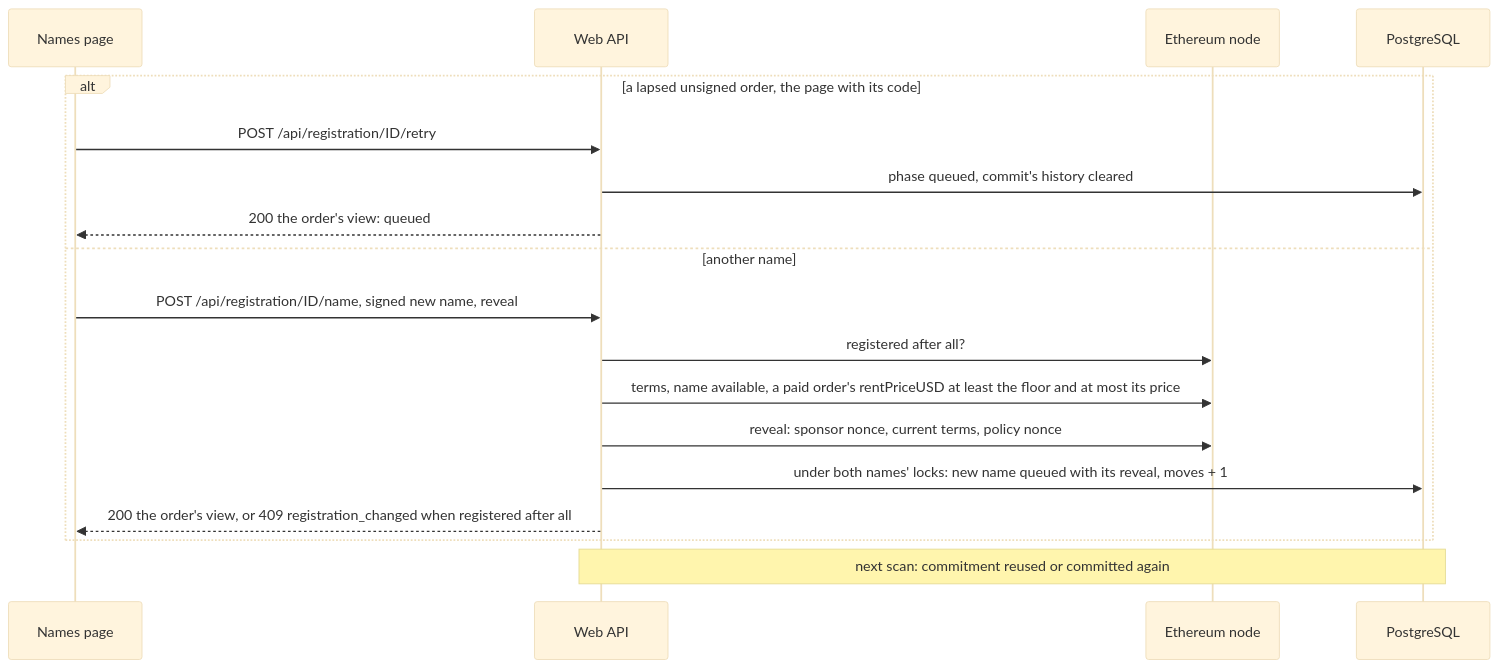
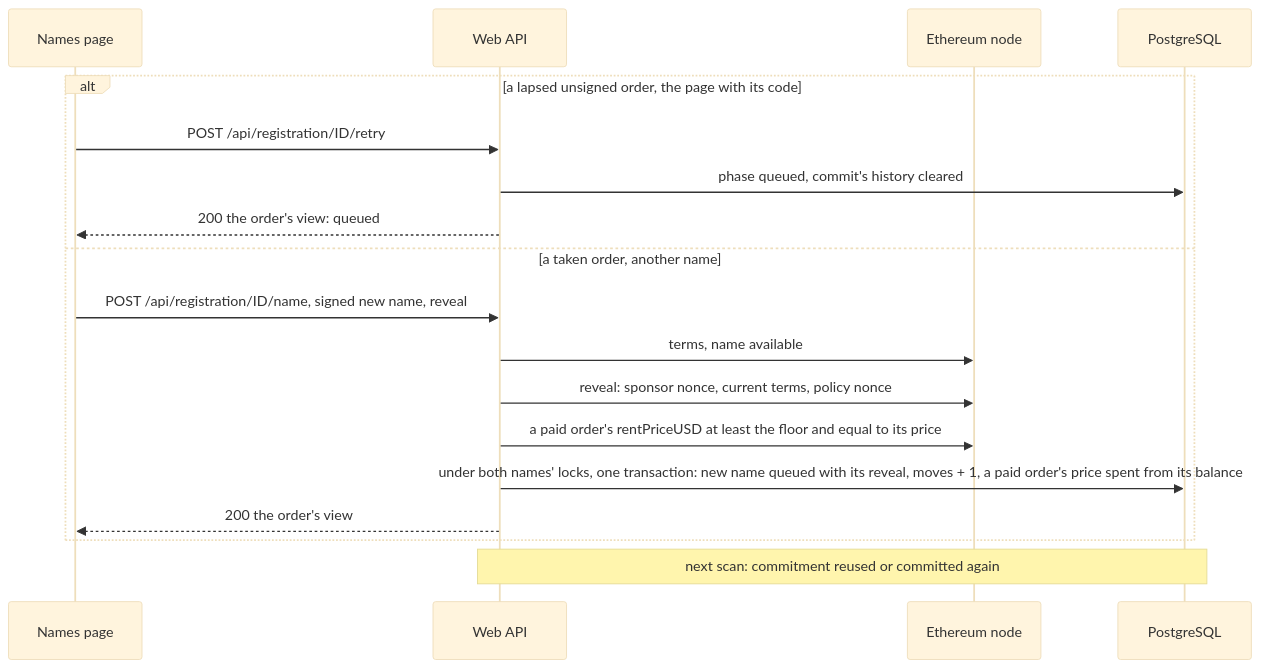
The seventh of 15 diagrams in apps/simplex-store-service/docs/names.md (simplex-chat/simplex-chat), drawn with Mermaid (base theme) before and after one commit. The commit also changed other lines of this file and 13 other files, not shown here.

Commit message:
names: only a taken order moves, at its own price, paid from its balance

````diff
--- a/apps/simplex-store-service/docs/names.md
+++ b/apps/simplex-store-service/docs/names.md
@@ -409,20 +409,20 @@
 ```mermaid
 sequenceDiagram
   participant P as Names page
   participant W as Web API
   participant E as Ethereum node
   participant D as PostgreSQL
   alt a lapsed unsigned order, the page with its code
     P->>W: POST /api/registration/ID/retry
     W->>D: phase queued, commit's history cleared
     W-->>P: 200 the order's view: queued
-  else another name
+  else a taken order, another name
     P->>W: POST /api/registration/ID/name, signed new name, reveal
-    W->>E: registered after all?
-    W->>E: terms, name available, a paid order's rentPriceUSD at least the floor and at most its price
+    W->>E: terms, name available
     W->>E: reveal: sponsor nonce, current terms, policy nonce
-    W->>D: under both names' locks: new name queued with its reveal, moves + 1
-    W-->>P: 200 the order's view, or 409 registration_changed when registered after all
+    W->>E: a paid order's rentPriceUSD at least the floor and equal to its price
+    W->>D: under both names' locks, one transaction: new name queued with its reveal, moves + 1, a paid order's price spent from its balance
+    W-->>P: 200 the order's view
   end
   Note over W,D: next scan: commitment reused or committed again
 ```
````
